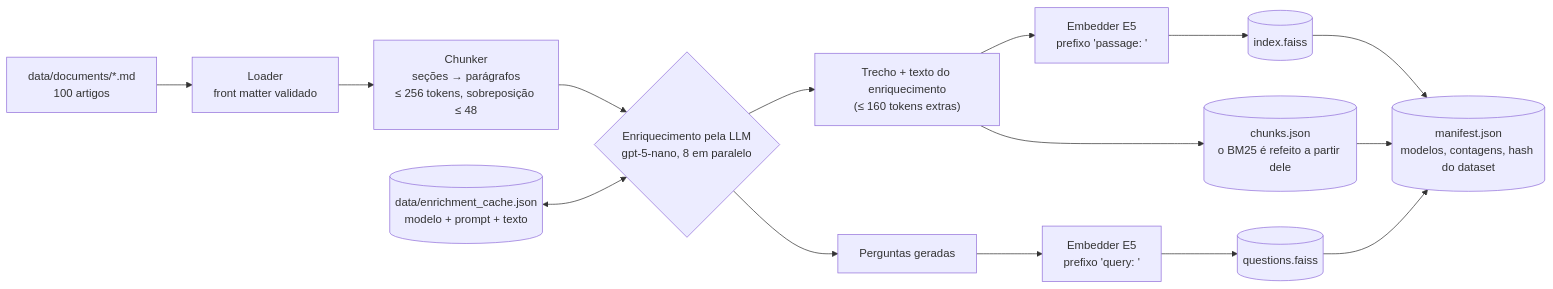
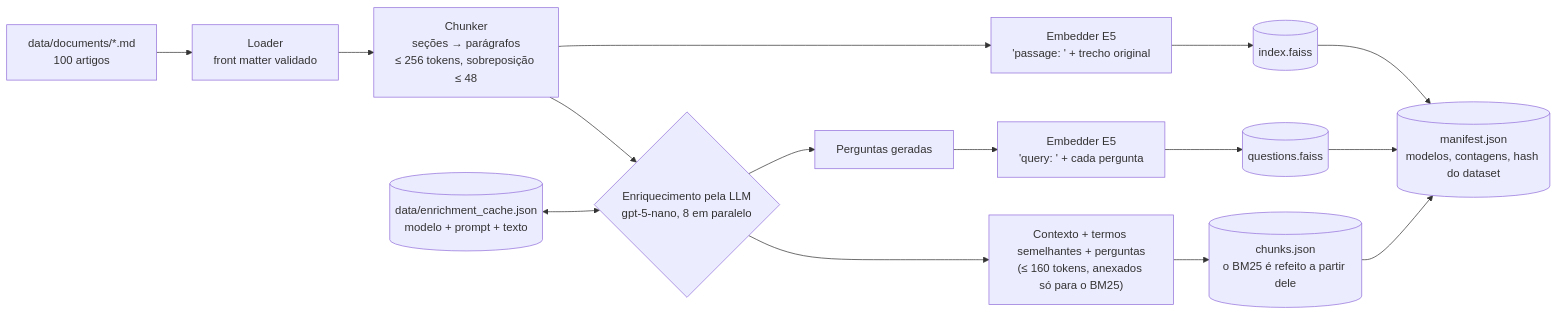
The second of 2 diagrams in 03/semantic_search/README.pt-BR.md (augustobook/backend-ai-dot), drawn with Mermaid before and after one commit. The commit also changed other lines of this file and 13 other files, not shown here.

First line of the commit message:
feat(03): trecho original no vetor e no cross-encoder, limite de relevância calibrado

````diff
--- a/03/semantic_search/README.pt-BR.md
+++ b/03/semantic_search/README.pt-BR.md
@@ -168,15 +169,15 @@
 ```mermaid
 flowchart LR
     D["data/documents/*.md<br/>100 artigos"] --> L["Loader<br/>front matter validado"]
     L --> C["Chunker<br/>seções → parágrafos<br/>≤ 256 tokens, sobreposição ≤ 48"]
     C --> EN{"Enriquecimento pela LLM<br/>gpt-5-nano, 8 em paralelo"}
     CACHE[("data/enrichment_cache.json<br/>modelo + prompt + texto")] <--> EN
-    EN --> T["Trecho + texto do enriquecimento<br/>(≤ 160 tokens extras)"]
+    C --> EMB["Embedder E5<br/>'passage: ' + trecho original"]
+    EN --> T["Contexto + termos semelhantes + perguntas<br/>(≤ 160 tokens, anexados só para o BM25)"]
     EN --> QS["Perguntas geradas"]
-    T --> EMB["Embedder E5<br/>prefixo 'passage: '"]
-    QS --> EMBQ["Embedder E5<br/>prefixo 'query: '"]
+    QS --> EMBQ["Embedder E5<br/>'query: ' + cada pergunta"]
     EMB --> I1[("index.faiss")]
     EMBQ --> I2[("questions.faiss")]
     T --> J[("chunks.json<br/>o BM25 é refeito a partir dele")]
     I1 & I2 & J --> MF[("manifest.json<br/>modelos, contagens, hash do dataset")]
 ```
````
